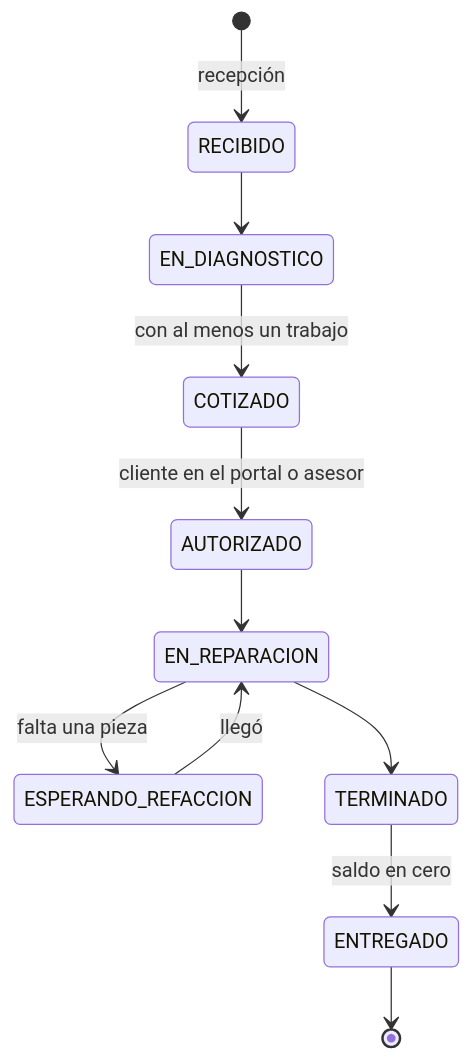
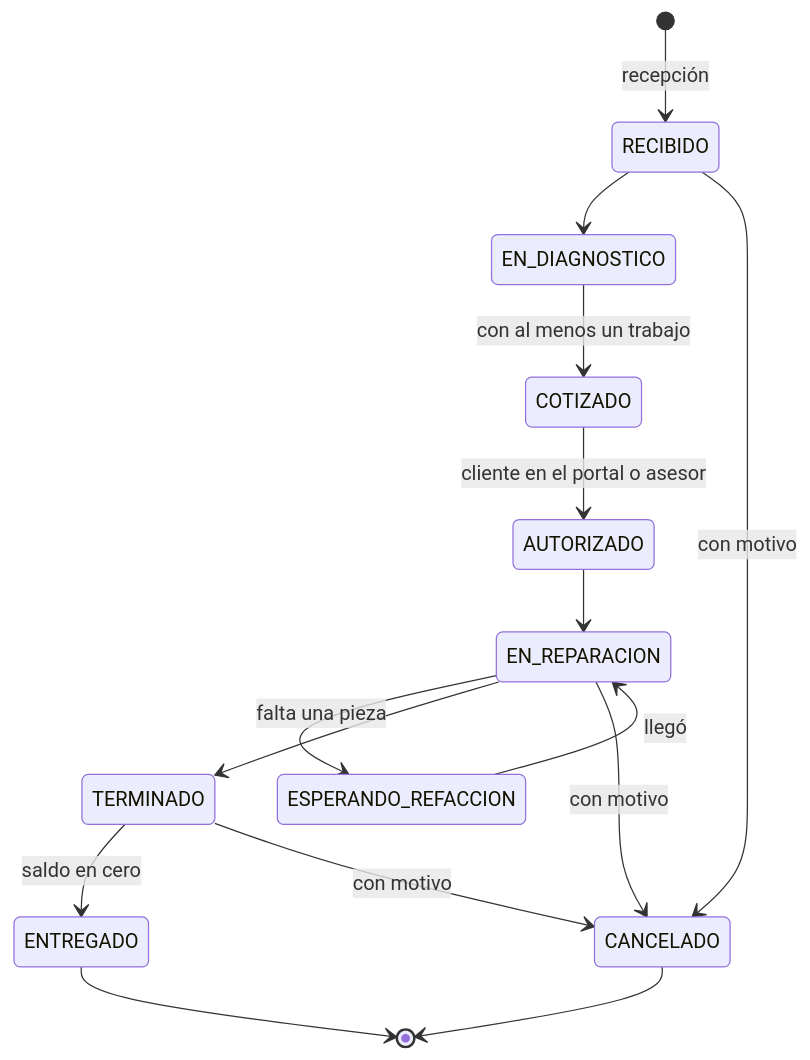
The third of 8 diagrams in docs/documentacion-tecnica.md (leonardoaguilar117/ERP-Fortaleza-Servicar), drawn with Mermaid before and after one commit. The commit also changed other lines of this file and 3 other files, not shown here.

````diff
--- a/docs/documentacion-tecnica.md
+++ b/docs/documentacion-tecnica.md
@@ -102,13 +107,17 @@
 ```mermaid
 stateDiagram-v2
   [*] --> RECIBIDO: recepción
   RECIBIDO --> EN_DIAGNOSTICO
   EN_DIAGNOSTICO --> COTIZADO: con al menos un trabajo
   COTIZADO --> AUTORIZADO: cliente en el portal o asesor
   AUTORIZADO --> EN_REPARACION
   EN_REPARACION --> ESPERANDO_REFACCION: falta una pieza
   ESPERANDO_REFACCION --> EN_REPARACION: llegó
   EN_REPARACION --> TERMINADO
   TERMINADO --> ENTREGADO: saldo en cero
   ENTREGADO --> [*]
+  RECIBIDO --> CANCELADO: con motivo
+  EN_REPARACION --> CANCELADO: con motivo
+  TERMINADO --> CANCELADO: con motivo
+  CANCELADO --> [*]
 ```
````
